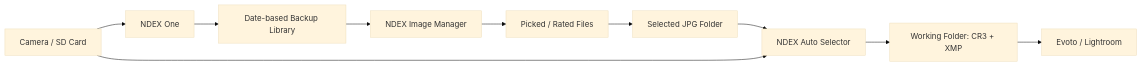
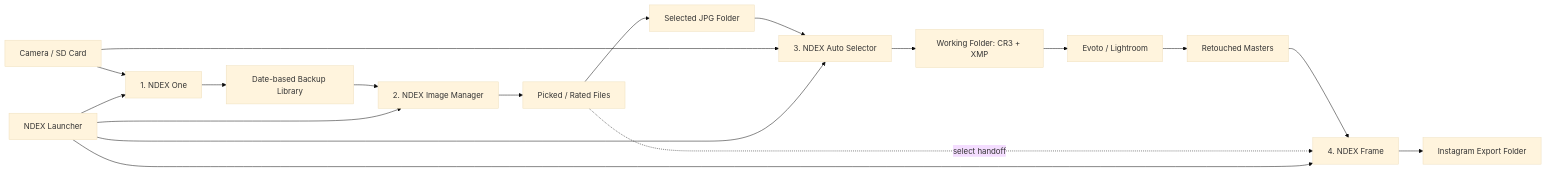
The diagram in docs/obsidian/NDEX/02 Program Map.md (electroaria7/NDEX), drawn with Mermaid (base theme) before and after one commit. The commit also changed other lines of this file and 35 other files, not shown here.

````diff
--- a/docs/obsidian/NDEX/02 Program Map.md
+++ b/docs/obsidian/NDEX/02 Program Map.md
@@ -8,12 +8,20 @@
 ```mermaid
 flowchart LR
-  A["Camera / SD Card"] --> B["NDEX One"]
+  A["Camera / SD Card"] --> B["1. NDEX One"]
   B --> C["Date-based Backup Library"]
-  C --> D["NDEX Image Manager"]
+  C --> D["2. NDEX Image Manager"]
   D --> E["Picked / Rated Files"]
   E --> F["Selected JPG Folder"]
-  F --> G["NDEX Auto Selector"]
+  F --> G["3. NDEX Auto Selector"]
   A --> G
   G --> H["Working Folder: CR3 + XMP"]
   H --> I["Evoto / Lightroom"]
+  I --> J["Retouched Masters"]
+  J --> K["4. NDEX Frame"]
+  E -. "select handoff" .-> K
+  K --> L["Instagram Export Folder"]
+  M["NDEX Launcher"] --> B
+  M --> D
+  M --> G
+  M --> K
 ```
````
